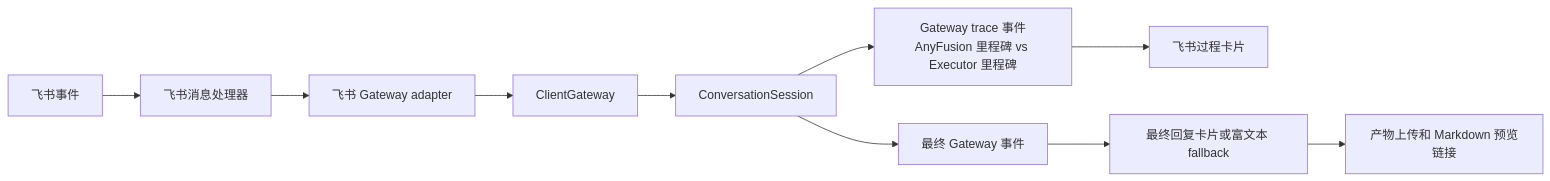
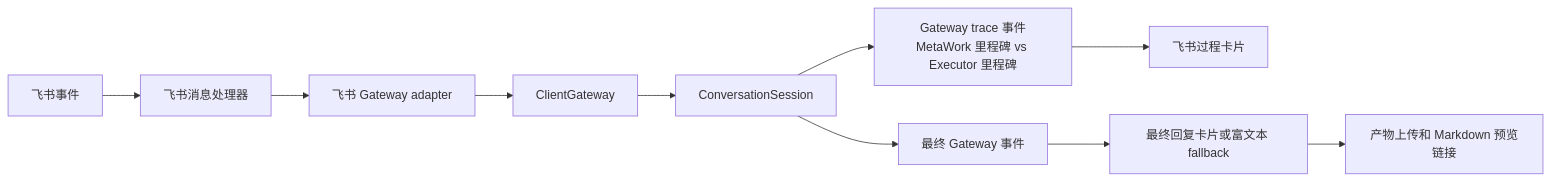
Before and after one commit to IFOSR/metawork: the fourth of 4 diagrams in docs/current/technical-overview.zh-CN.md, drawn with Mermaid. The commit also changed other lines of this file and 31 other files, not shown here.

Commit message:
docs: present MetaWork as the canonical product

````diff
--- a/docs/current/technical-overview.zh-CN.md
+++ b/docs/current/technical-overview.zh-CN.md
@@ -194,12 +198,12 @@
 ```mermaid
 flowchart LR
   Feishu[飞书事件] --> Handler[飞书消息处理器]
   Handler --> Adapter[飞书 Gateway adapter]
   Adapter --> Gateway[ClientGateway]
   Gateway --> Conversation[ConversationSession]
-  Conversation --> Progress[Gateway trace 事件<br/>AnyFusion 里程碑 vs Executor 里程碑]
+  Conversation --> Progress[Gateway trace 事件<br/>MetaWork 里程碑 vs Executor 里程碑]
   Progress --> Cards[飞书过程卡片]
   Conversation --> Final[最终 Gateway 事件]
   Final --> Reply[最终回复卡片或富文本 fallback]
   Reply --> Files[产物上传和 Markdown 预览链接]
 ```
````
